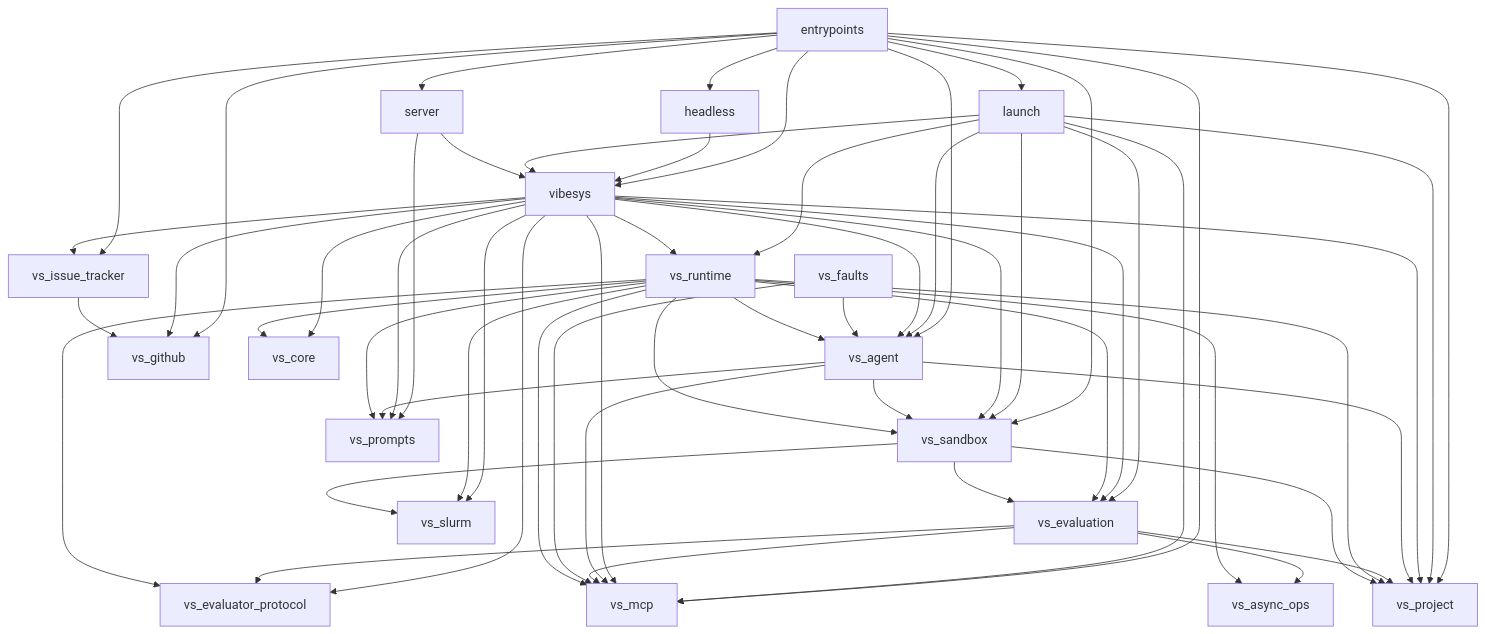
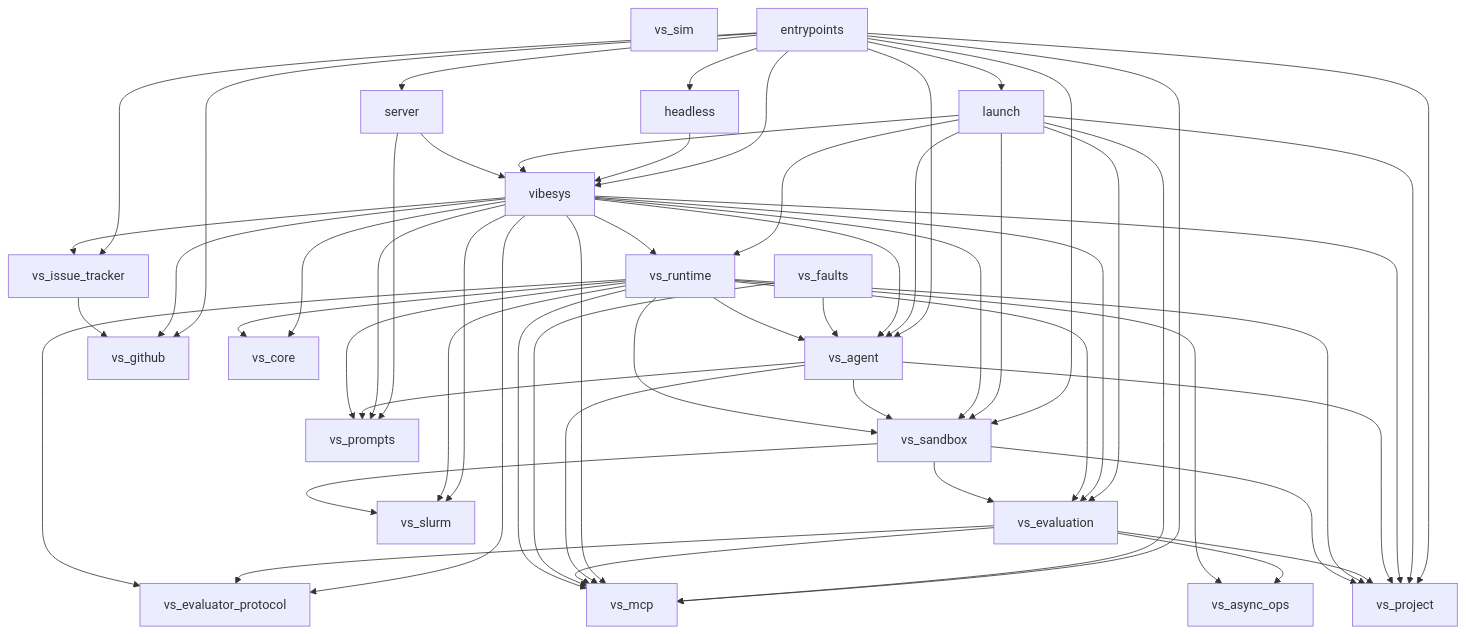
One commit to uw-syfi/vibesys changed the diagram in docs/contributing/architecture.md. Above: the diagram before and after it, drawn with Mermaid. The commit also changed 121 other files, not shown here.

````diff
--- a/docs/contributing/architecture.md
+++ b/docs/contributing/architecture.md
@@ -104,59 +104,60 @@
 ```mermaid
 graph TD
+    vs_sim
     entrypoints --> headless
     entrypoints --> launch
     entrypoints --> server
     entrypoints --> vibesys
     entrypoints --> vs_agent
     entrypoints --> vs_github
     entrypoints --> vs_issue_tracker
     entrypoints --> vs_mcp
     entrypoints --> vs_project
     entrypoints --> vs_sandbox
     headless --> vibesys
     launch --> vibesys
     launch --> vs_agent
     launch --> vs_evaluation
     launch --> vs_mcp
     launch --> vs_project
     launch --> vs_runtime
     launch --> vs_sandbox
     server --> vibesys
     server --> vs_prompts
     vibesys --> vs_agent
     vibesys --> vs_core
     vibesys --> vs_evaluation
     vibesys --> vs_evaluator_protocol
     vibesys --> vs_github
     vibesys --> vs_issue_tracker
     vibesys --> vs_mcp
     vibesys --> vs_project
     vibesys --> vs_prompts
     vibesys --> vs_runtime
     vibesys --> vs_sandbox
     vibesys --> vs_slurm
     vs_agent --> vs_mcp
     vs_agent --> vs_project
     vs_agent --> vs_prompts
     vs_agent --> vs_sandbox
     vs_evaluation --> vs_async_ops
     vs_evaluation --> vs_evaluator_protocol
     vs_evaluation --> vs_mcp
     vs_evaluation --> vs_project
     vs_faults --> vs_agent
     vs_faults --> vs_mcp
     vs_issue_tracker --> vs_github
     vs_runtime --> vs_agent
     vs_runtime --> vs_async_ops
     vs_runtime --> vs_core
     vs_runtime --> vs_evaluation
     vs_runtime --> vs_evaluator_protocol
     vs_runtime --> vs_mcp
     vs_runtime --> vs_project
     vs_runtime --> vs_prompts
     vs_runtime --> vs_sandbox
     vs_runtime --> vs_slurm
     vs_sandbox --> vs_evaluation
     vs_sandbox --> vs_project
     vs_sandbox --> vs_slurm
 ```
````
